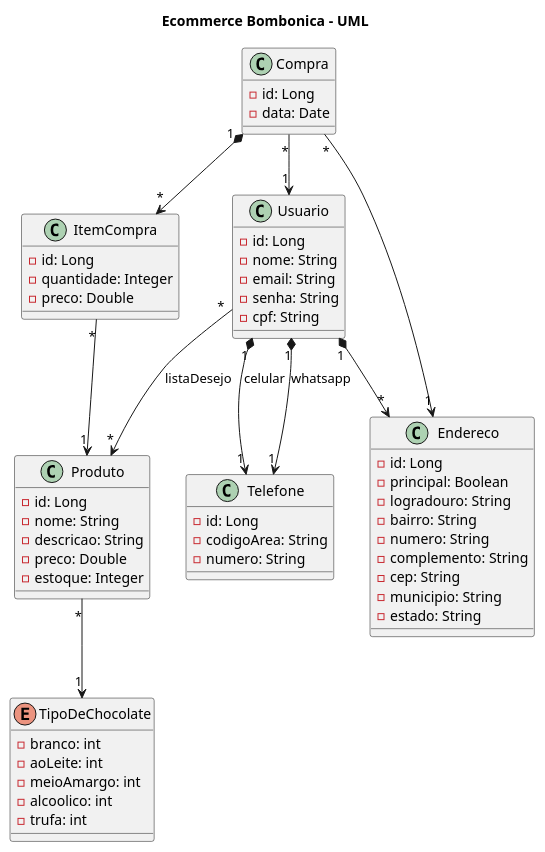
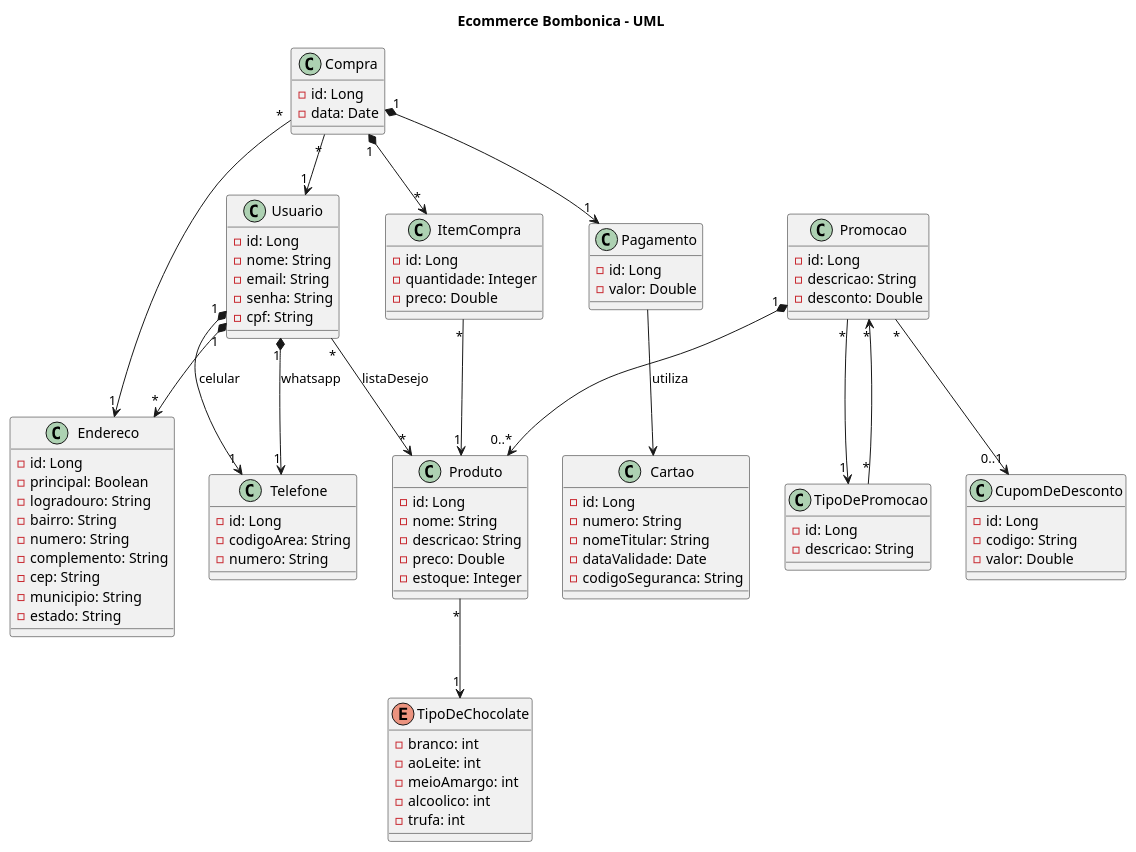
Before and after one commit to muniznicole/EcommerceBombonica: the diagram in Bombonica.plantuml, drawn with PlantUML. The commit also changed 1 other file, not shown here.

```diff
--- a/Bombonica.plantuml
+++ b/Bombonica.plantuml
@@ -1,71 +1,109 @@
 @startuml   
     
     title Ecommerce Bombonica - UML
 
     class Produto {
         - id: Long
         - nome: String
         - descricao: String
         - preco: Double
         - estoque: Integer
     }
 
     enum TipoDeChocolate {
         - branco: int
         - aoLeite: int
         - meioAmargo: int
         - alcoolico: int
         - trufa: int
     }
 
     class Usuario {
         - id: Long
         - nome: String
         - email: String
         - senha: String
         - cpf: String
     }
 
     class Telefone {
         - id: Long
         - codigoArea: String
         - numero: String
     }
 
-    class Compra{
+    class Compra {
         - id: Long
         - data: Date
     }
 
-    class ItemCompra{
+    class ItemCompra {
         - id: Long
         - quantidade: Integer
         - preco: Double
     }
 
     class Endereco {
         - id: Long
         - principal: Boolean
         - logradouro: String
         - bairro: String
         - numero: String
         - complemento: String
         - cep: String
         - municipio: String
         - estado: String 
     }
 
+    class TipoDePromocao {
+        - id: Long
+        - descricao: String
+    }
+
+    class Promocao {
+        - id: Long
+        - descricao: String
+        - desconto: Double
+    }
+
+    class CupomDeDesconto {
+        - id: Long
+        - codigo: String
+        - valor: Double
+    }
+
+    class Cartao {
+        - id: Long
+        - numero: String
+        - nomeTitular: String
+        - dataValidade: Date
+        - codigoSeguranca: String
+    }
+
+    class Pagamento {
+        - id: Long
+        - valor: Double
+    }
+
     Produto "*" --> "1" TipoDeChocolate
-    
+
     Usuario "*" --> "*" Produto: listaDesejo
     Usuario "1" *--> "1" Telefone: celular
     Usuario "1" *--> "1" Telefone: whatsapp
     Usuario "1" *--> "*" Endereco
 
     Compra "1" *--> "*" ItemCompra
     Compra "*" --> "1" Usuario
     Compra "*" --> "1" Endereco
-     
+    Compra "1" *--> "1" Pagamento
+
     ItemCompra "*" --> "1" Produto
 
+    TipoDePromocao "*" --> "*" Promocao
+    Promocao "1" *--> "0..*" Produto
+    Promocao "*" --> "0..1" CupomDeDesconto
+    Promocao "*" --> "1" TipoDePromocao
+
+    Pagamento --> Cartao: utiliza
+
 @enduml
```
